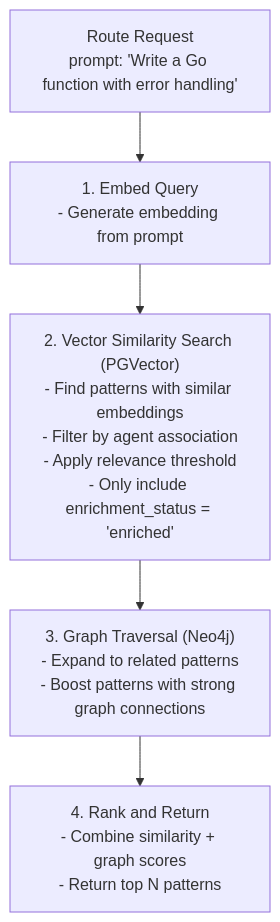
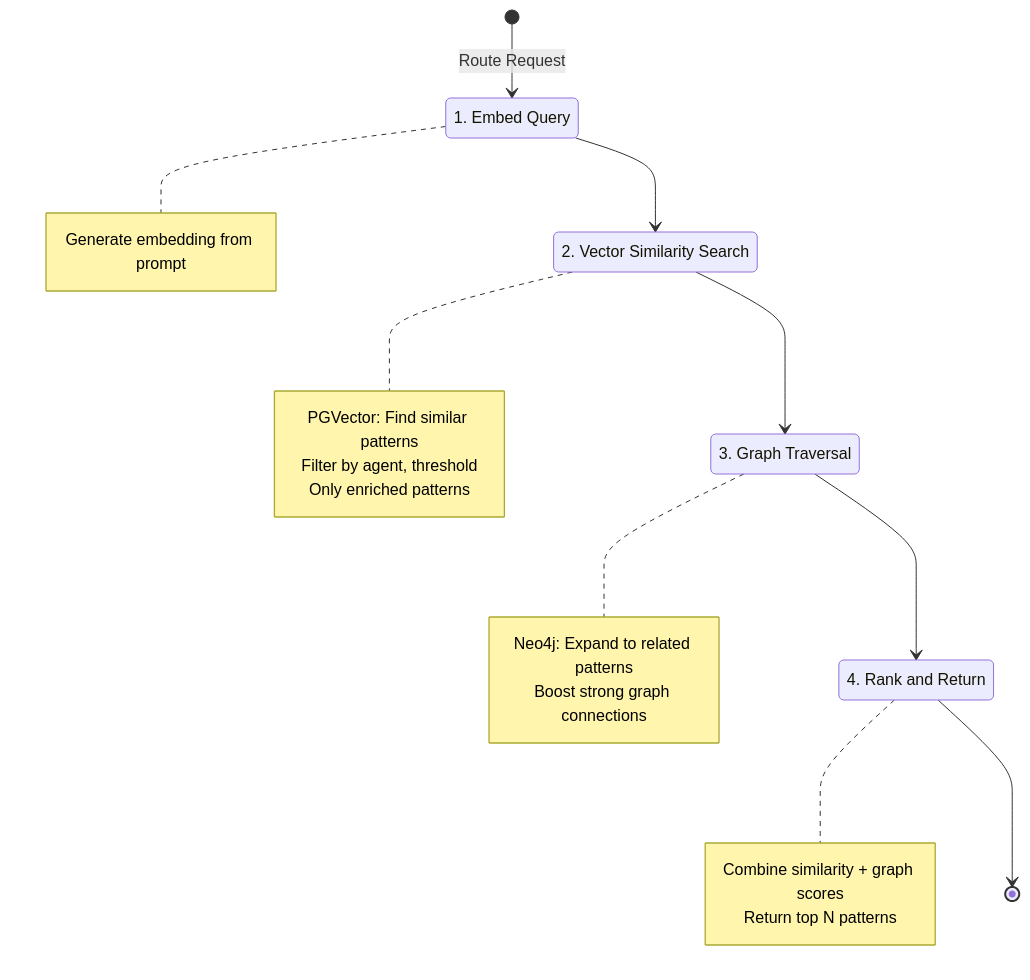
The third of 6 diagrams in docs/design/pattern-processing.md (twistingmercury/mnemonic-mcp), drawn with Mermaid before and after one commit. The commit also changed other lines of this file and 4 other files, not shown here.

````diff
--- a/docs/design/pattern-processing.md
+++ b/docs/design/pattern-processing.md
@@ -193,15 +220,36 @@
 ```mermaid
-flowchart TD
-    A["Route Request<br/>prompt: 'Write a Go function with error handling'"] --> B
+stateDiagram-v2
+    [*] --> EmbedQuery: Route Request
 
-    B["1. Embed Query<br/>- Generate embedding from prompt"]
-    B --> C
+    state "1. Embed Query" as EmbedQuery
+    note right of EmbedQuery
+        Generate embedding from prompt
+    end note
 
-    C["2. Vector Similarity Search (PGVector)<br/>- Find patterns with similar embeddings<br/>- Filter by agent association<br/>- Apply relevance threshold<br/>- Only include enrichment_status = 'enriched'"]
-    C --> D
+    EmbedQuery --> VectorSearch
 
-    D["3. Graph Traversal (Neo4j)<br/>- Expand to related patterns<br/>- Boost patterns with strong graph connections"]
-    D --> E
+    state "2. Vector Similarity Search" as VectorSearch
+    note right of VectorSearch
+        PGVector: Find similar patterns
+        Filter by agent, threshold
+        Only enriched patterns
+    end note
 
-    E["4. Rank and Return<br/>- Combine similarity + graph scores<br/>- Return top N patterns"]
+    VectorSearch --> GraphTraversal
+
+    state "3. Graph Traversal" as GraphTraversal
+    note right of GraphTraversal
+        Neo4j: Expand to related patterns
+        Boost strong graph connections
+    end note
+
+    GraphTraversal --> RankAndReturn
+
+    state "4. Rank and Return" as RankAndReturn
+    note right of RankAndReturn
+        Combine similarity + graph scores
+        Return top N patterns
+    end note
+
+    RankAndReturn --> [*]
 ```
````
